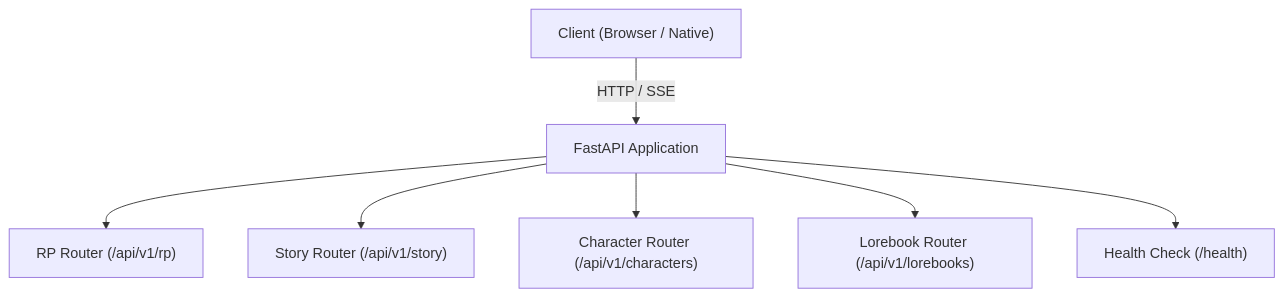
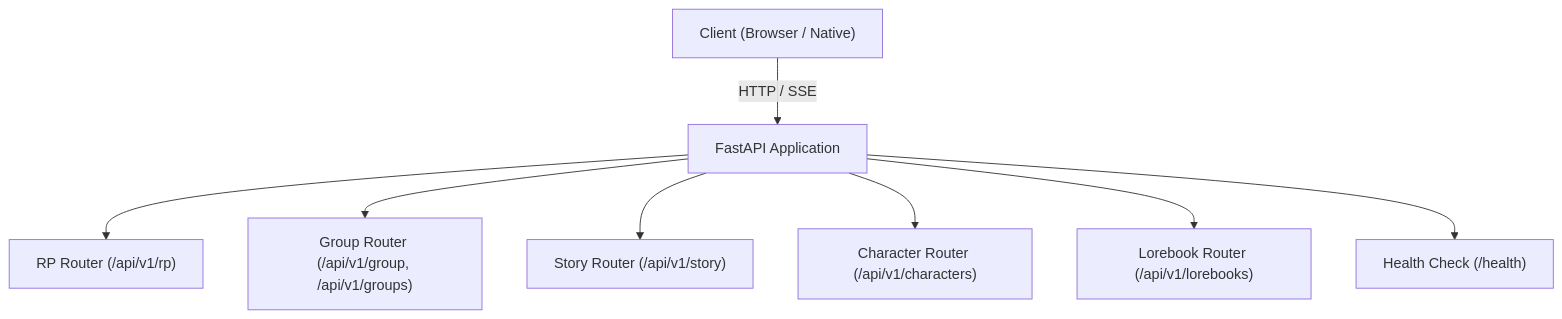
The first of 2 diagrams in .agents/skills/story-rp-backend/references/api-endpoints-and-sse.md (tangcc35/slm-vlm-post-training), drawn with Mermaid before and after one commit. The commit also changed other lines of this file and 4 other files, not shown here.

````diff
--- a/.agents/skills/story-rp-backend/references/api-endpoints-and-sse.md
+++ b/.agents/skills/story-rp-backend/references/api-endpoints-and-sse.md
@@ -11,9 +11,10 @@
 ```mermaid
 graph TD
     Client["Client (Browser / Native)"] -->|HTTP / SSE| FastAPI["FastAPI Application"]
     FastAPI --> RP["RP Router (/api/v1/rp)"]
+    FastAPI --> Group["Group Router (/api/v1/group, /api/v1/groups)"]
     FastAPI --> Story["Story Router (/api/v1/story)"]
     FastAPI --> Chars["Character Router (/api/v1/characters)"]
     FastAPI --> Lore["Lorebook Router (/api/v1/lorebooks)"]
     FastAPI --> Health["Health Check (/health)"]
 ```
````
